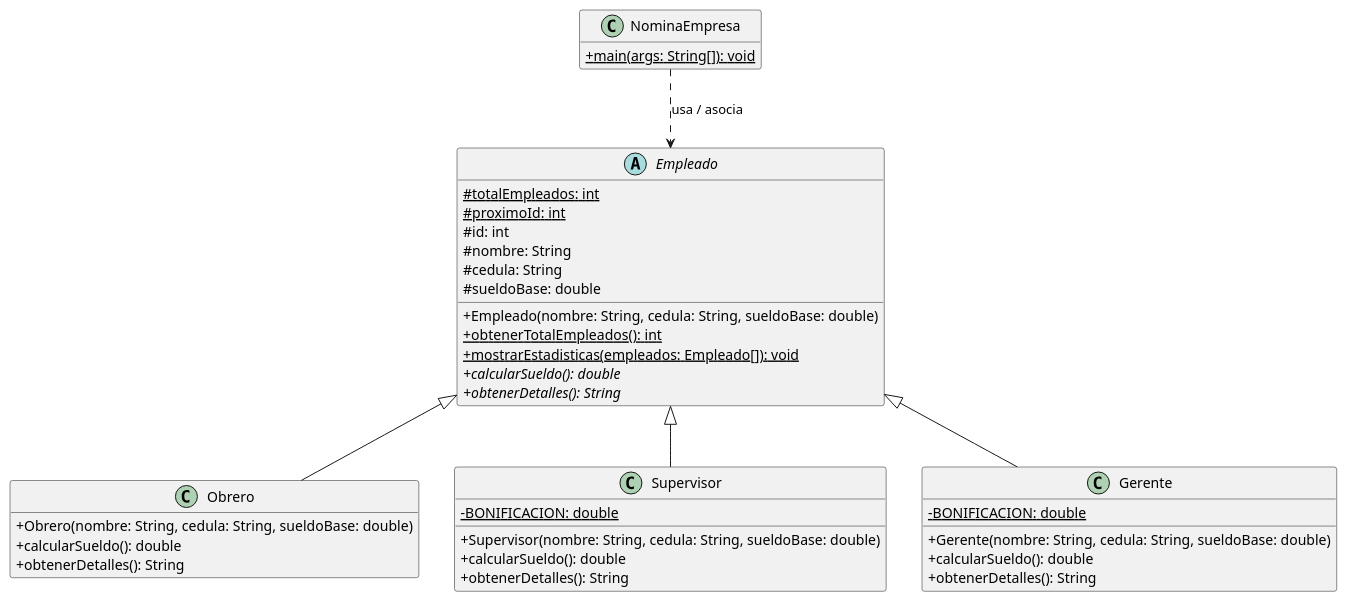
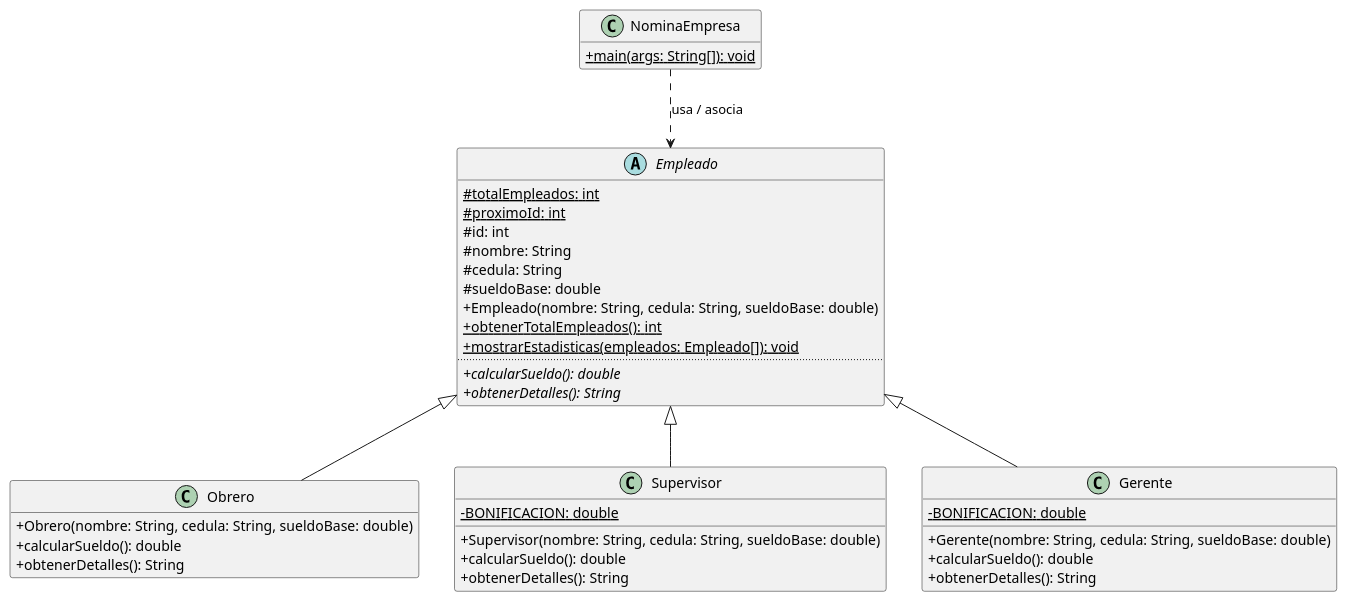
Before and after one commit to dannbruno16D/Repositorio-1: the diagram in SistemaNomina.puml, drawn with PlantUML. The commit also changed 1 other file, not shown here.

Commit message:
Actualizaciones y nuevo diagrama

```diff
--- a/SistemaNomina.puml
+++ b/SistemaNomina.puml
@@ -1,51 +1,52 @@
 @startuml
 skinparam classAttributeIconSize 0
 hide empty members
 
 class NominaEmpresa {
     +{static} main(args: String[]): void
 }
 
 abstract class Empleado {
     #{static} totalEmpleados: int
     #{static} proximoId: int
     #id: int
     #nombre: String
     #cedula: String
     #sueldoBase: double
     +Empleado(nombre: String, cedula: String, sueldoBase: double)
     +{static} obtenerTotalEmpleados(): int
     +{static} mostrarEstadisticas(empleados: Empleado[]): void
+    ..
     +{abstract} calcularSueldo(): double
     +{abstract} obtenerDetalles(): String
 }
 
 class Obrero {
     +Obrero(nombre: String, cedula: String, sueldoBase: double)
     +calcularSueldo(): double
     +obtenerDetalles(): String
 }
 
 class Supervisor {
     -{static} BONIFICACION: double
     +Supervisor(nombre: String, cedula: String, sueldoBase: double)
     +calcularSueldo(): double
     +obtenerDetalles(): String
 }
 
 class Gerente {
     -{static} BONIFICACION: double
     +Gerente(nombre: String, cedula: String, sueldoBase: double)
     +calcularSueldo(): double
     +obtenerDetalles(): String
 }
 
 ' Relación de asociación
 NominaEmpresa ..> Empleado : usa / asocia
 
 ' Relaciones de herencia
 Empleado <|-- Obrero
 Empleado <|-- Supervisor
 Empleado <|-- Gerente
 
 @enduml
```
